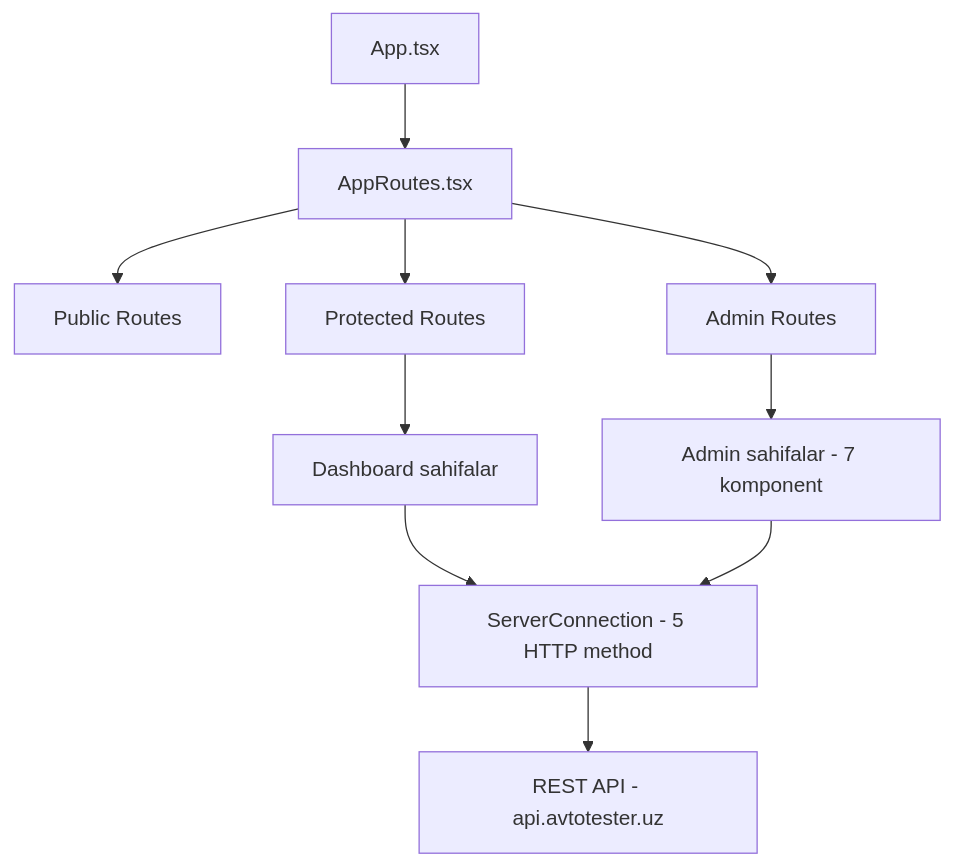
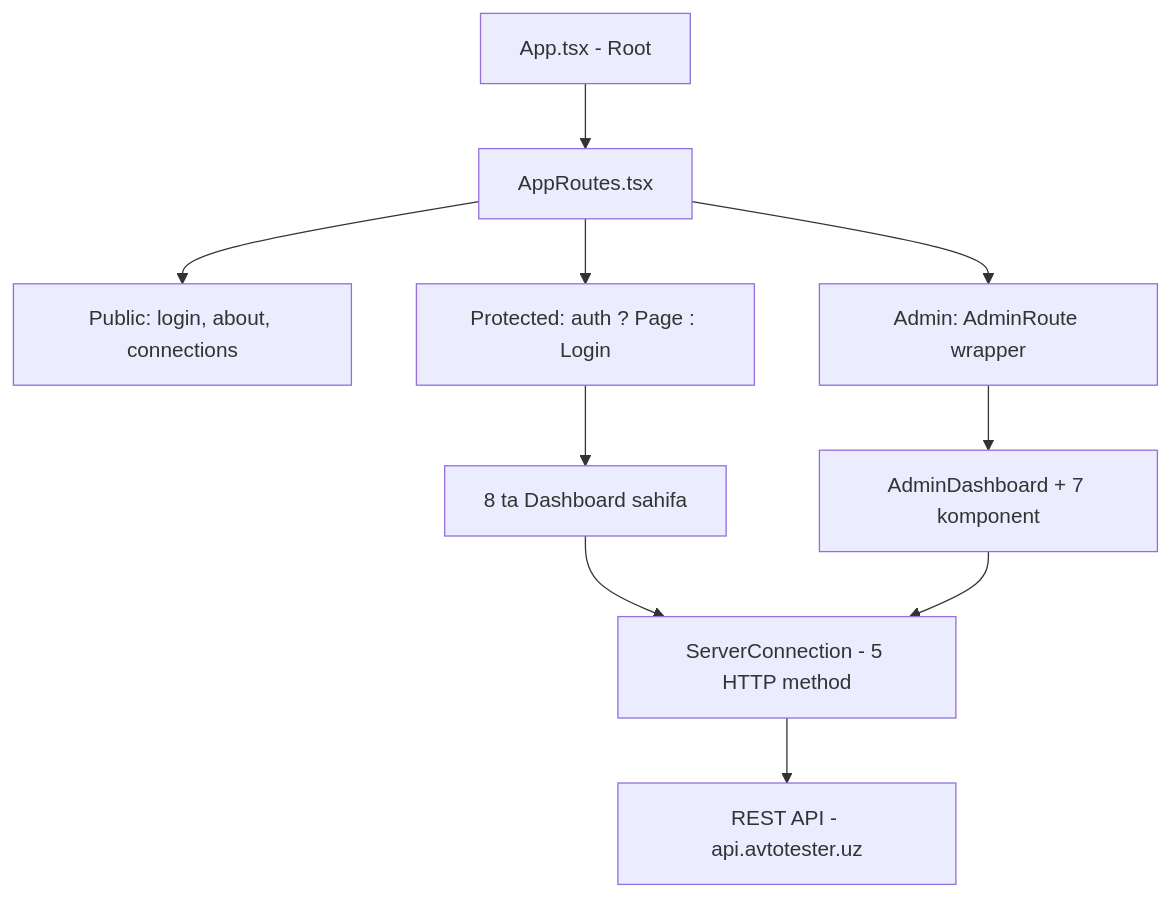
Diagram 12 of 16 in README.md (khismoiloff/BrpAvtoTest), drawn with Mermaid before and after one commit. The commit also changed other lines of this file, not shown here.

````diff
--- a/README.md
+++ b/README.md
@@ -680,17 +722,17 @@
 ```mermaid
 %%{init: {'theme': 'default'}}%%
 graph TB
-    App[App.tsx] --> Routes[AppRoutes.tsx]
-    
-    Routes --> Public[Public Routes]
-    Routes --> Protected[Protected Routes]
-    Routes --> Admin[Admin Routes]
-    
-    Protected --> Pages[Dashboard sahifalar]
-    Admin --> AdminPages[Admin sahifalar - 7 komponent]
-    
-    Pages --> ServerConn[ServerConnection - 5 HTTP method]
-    AdminPages --> ServerConn
-    
-    ServerConn --> API[REST API - api.avtotester.uz]
+    App[App.tsx - Root] --> Routes[AppRoutes.tsx]
+
+    Routes --> Public[Public: login, about, connections]
+    Routes --> Protected[Protected: auth ? Page : Login]
+    Routes --> Admin[Admin: AdminRoute wrapper]
+
+    Protected --> Pages[8 ta Dashboard sahifa]
+    Admin --> AdminPages[AdminDashboard + 7 komponent]
+
+    Pages --> SC[ServerConnection - 5 HTTP method]
+    AdminPages --> SC
+
+    SC --> API[REST API - api.avtotester.uz]
 ```
````
